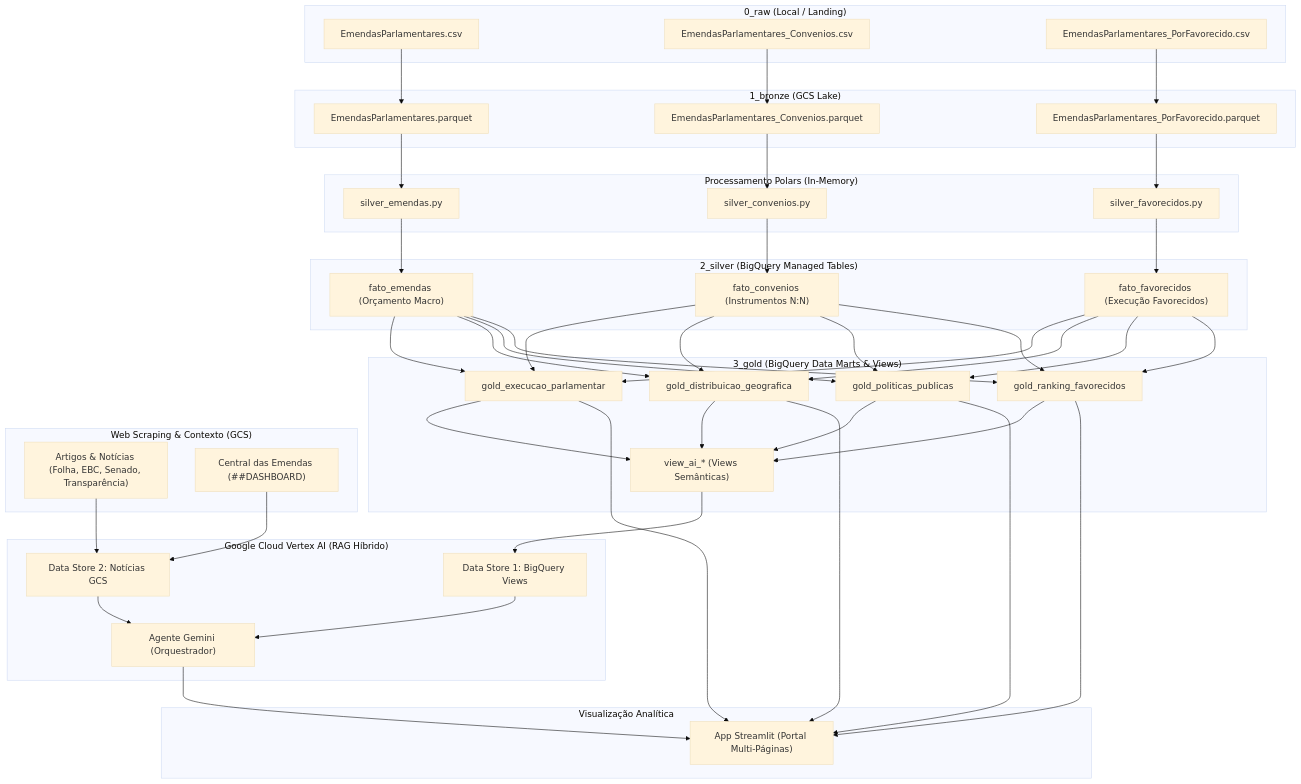
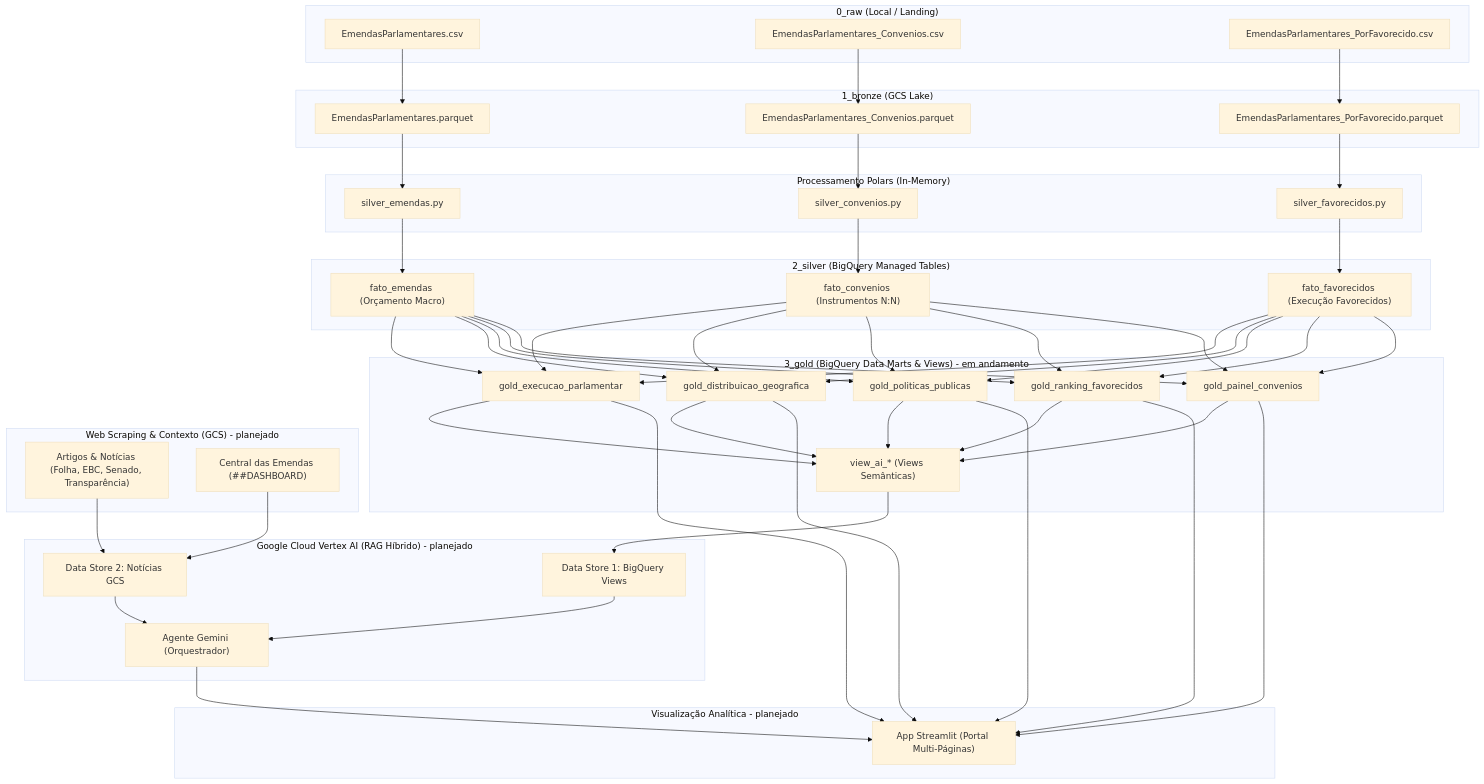
Before and after one commit to OGgbarbosa/etl-emendas-parlamentares-brasil-gcp: the diagram in README.md, drawn with Mermaid (base theme). The commit also changed other lines of this file, not shown here.

````diff
--- a/README.md
+++ b/README.md
@@ -29,65 +31,66 @@
 ```mermaid
 flowchart TD
     subgraph RawZone ["0_raw (Local / Landing)"]
         CSV_E["EmendasParlamentares.csv"]
         CSV_C["EmendasParlamentares_Convenios.csv"]
         CSV_F["EmendasParlamentares_PorFavorecido.csv"]
     end
 
     subgraph BronzeZone ["1_bronze (GCS Lake)"]
         B_E["EmendasParlamentares.parquet"]
         B_C["EmendasParlamentares_Convenios.parquet"]
         B_F["EmendasParlamentares_PorFavorecido.parquet"]
     end
 
     subgraph Processing ["Processamento Polars (In-Memory)"]
         Proc_E["silver_emendas.py"]
         Proc_C["silver_convenios.py"]
         Proc_F["silver_favorecidos.py"]
     end
 
     subgraph DWH_Silver ["2_silver (BigQuery Managed Tables)"]
         S_EMENDA["fato_emendas (Orçamento Macro)"]
         S_CONV["fato_convenios (Instrumentos N:N)"]
         S_FAV["fato_favorecidos (Execução Favorecidos)"]
     end
 
-    subgraph DWH_Gold ["3_gold (BigQuery Data Marts & Views)"]
+    subgraph DWH_Gold ["3_gold (BigQuery Data Marts & Views) - em andamento"]
         G_PARL["gold_execucao_parlamentar"]
         G_GEO["gold_distribuicao_geografica"]
         G_POL["gold_politicas_publicas"]
         G_FAV["gold_ranking_favorecidos"]
+        G_CONV["gold_painel_convenios"]
         G_VIEW["view_ai_* (Views Semânticas)"]
     end
 
-    subgraph Web_Scraping ["Web Scraping & Contexto (GCS)"]
+    subgraph Web_Scraping ["Web Scraping & Contexto (GCS) - planejado"]
         W_NEWS["Artigos & Notícias (Folha, EBC, Senado, Transparência)"]
         W_DASH["Central das Emendas (##DASHBOARD)"]
     end
 
-    subgraph Intelligence ["Google Cloud Vertex AI (RAG Híbrido)"]
+    subgraph Intelligence ["Google Cloud Vertex AI (RAG Híbrido) - planejado"]
         V_AGENT["Agente Gemini (Orquestrador)"]
         V_STORE_BQ["Data Store 1: BigQuery Views"]
         V_STORE_GCS["Data Store 2: Notícias GCS"]
     end
 
-    subgraph Frontend ["Visualização Analítica"]
+    subgraph Frontend ["Visualização Analítica - planejado"]
         APP["App Streamlit (Portal Multi-Páginas)"]
     end
 
     CSV_E --> B_E
     CSV_C --> B_C
     CSV_F --> B_F
 
     B_E --> Proc_E --> S_EMENDA
     B_C --> Proc_C --> S_CONV
     B_F --> Proc_F --> S_FAV
 
-    S_EMENDA & S_CONV & S_FAV --> G_PARL & G_GEO & G_POL & G_FAV --> G_VIEW
+    S_EMENDA & S_CONV & S_FAV --> G_PARL & G_GEO & G_POL & G_FAV & G_CONV --> G_VIEW
 
     G_VIEW --> V_STORE_BQ --> V_AGENT
     W_NEWS & W_DASH --> V_STORE_GCS --> V_AGENT
 
-    G_PARL & G_GEO & G_POL & G_FAV --> APP
+    G_PARL & G_GEO & G_POL & G_FAV & G_CONV --> APP
     V_AGENT --> APP
 ```
````
